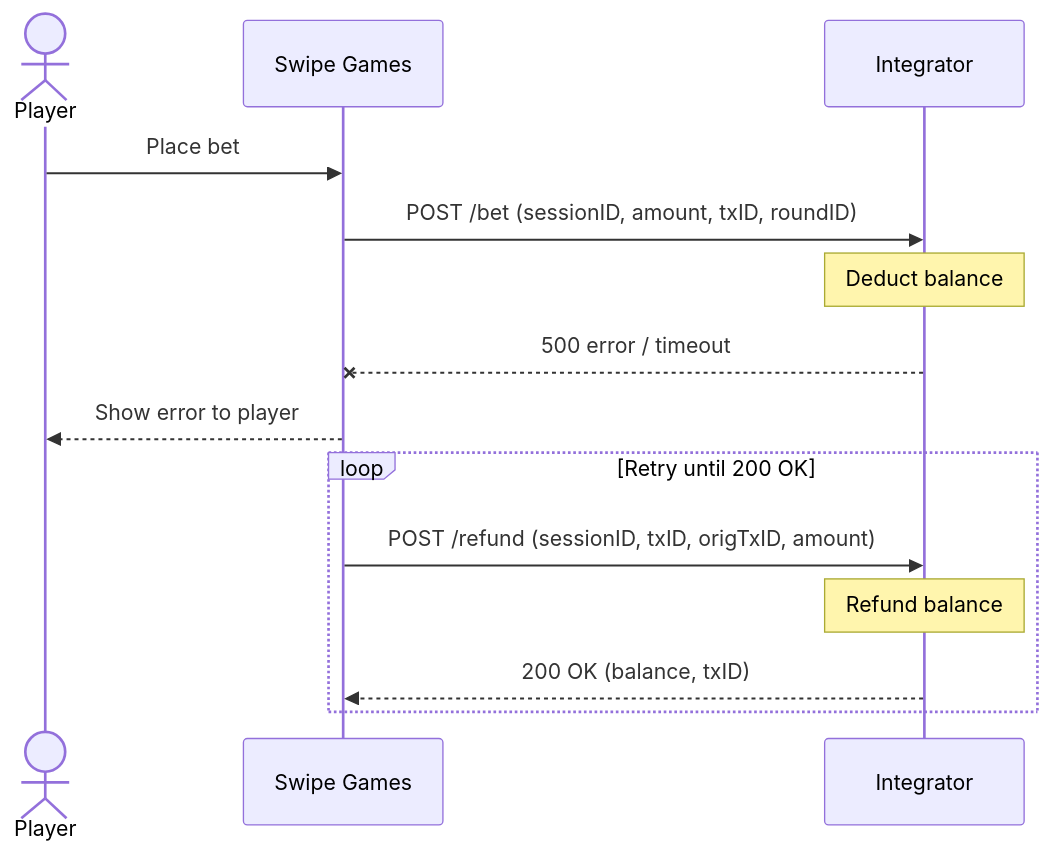
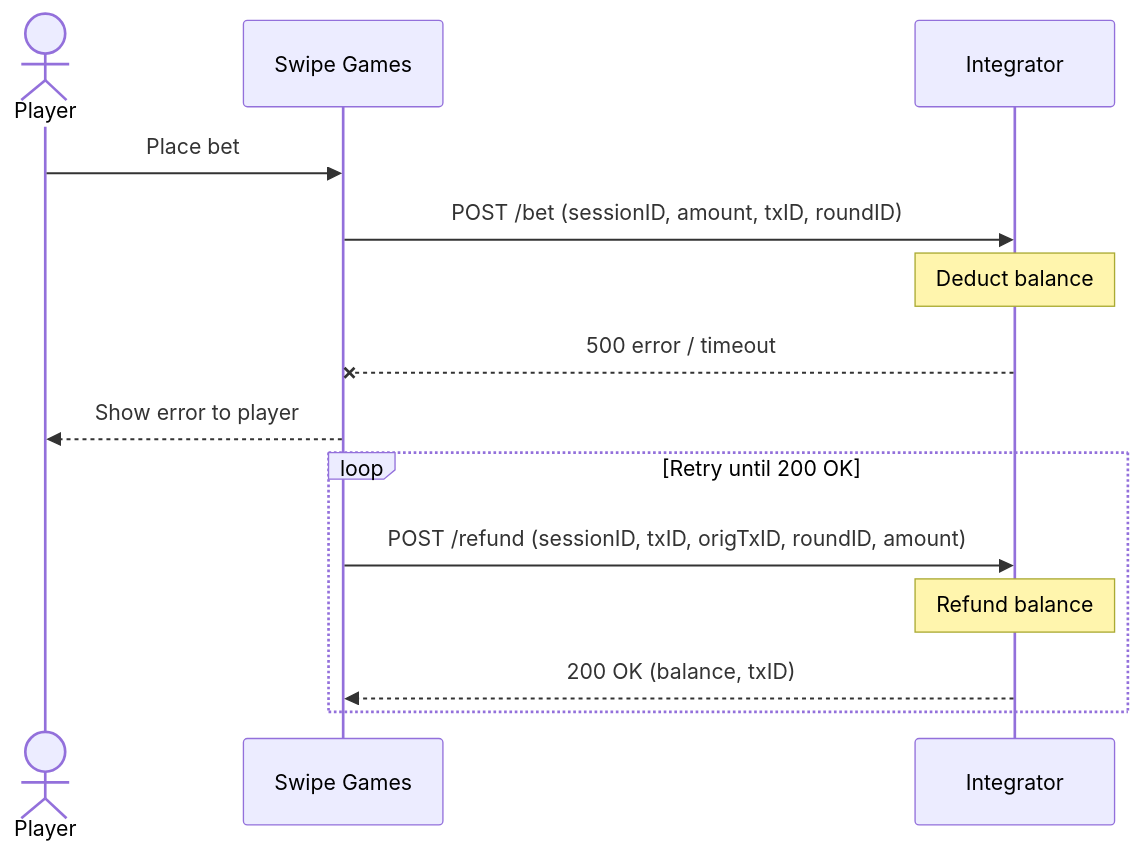
One commit to SwipeGames/public-api changed the third of 3 diagrams in docs/swipegames-integration.md. Above: the diagram before and after it, drawn with Mermaid. The commit also changed other lines of this file and 50 other files, not shown here.

Commit message:
add roundID into refund reverse call (#78)

````diff
--- a/docs/swipegames-integration.md
+++ b/docs/swipegames-integration.md
@@ -427,18 +431,18 @@
 ```mermaid
 sequenceDiagram
     actor Player
     participant Swipe Games
     participant Integrator
 
     Player->>Swipe Games: Place bet
     Swipe Games->>Integrator: POST /bet (sessionID, amount, txID, roundID)
     Note over Integrator: Deduct balance
     Integrator--xSwipe Games: 500 error / timeout
     Swipe Games-->>Player: Show error to player
 
     loop Retry until 200 OK
-        Swipe Games->>Integrator: POST /refund (sessionID, txID, origTxID, amount)
+        Swipe Games->>Integrator: POST /refund (sessionID, txID, origTxID, roundID, amount)
         Note over Integrator: Refund balance
         Integrator-->>Swipe Games: 200 OK (balance, txID)
     end
 ```
````
